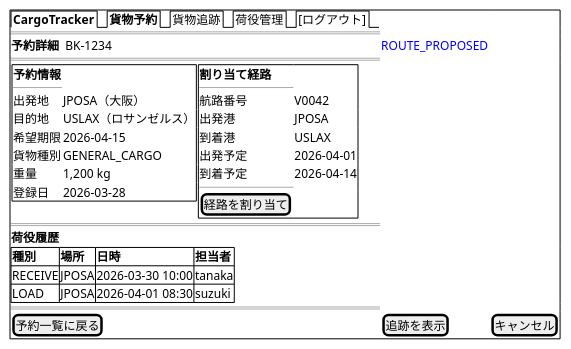
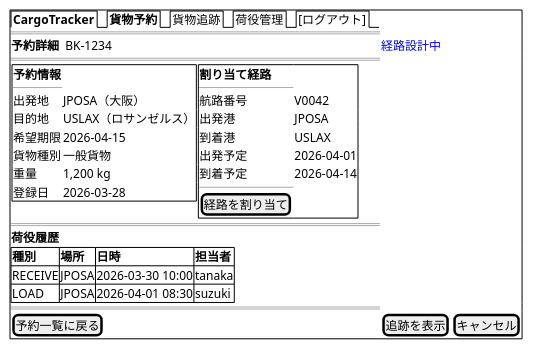
One commit to k2works/case-study-cargo-tracker changed the tenth of 21 diagrams in docs/design/ui_design.md. Above: the diagram before and after it, drawn with PlantUML. The commit also changed other lines of this file and 17 other files, not shown here.

````diff
--- a/docs/design/ui_design.md
+++ b/docs/design/ui_design.md
@@ -640,42 +644,42 @@
 ```plantuml
 @startsalt
 {+
   {/ <b>CargoTracker</b> | <b>貨物予約</b> | 貨物追跡 | 荷役管理 | [ログアウト] }
   ==
-  <b>予約詳細</b>  BK-1234  |  <color:blue>ROUTE_PROPOSED</color>
+  <b>予約詳細</b>  BK-1234  |  <color:blue>経路設計中</color>
   ==
   {
     {+
       <b>予約情報</b>
       ----
       出発地     | JPOSA（大阪）
       目的地     | USLAX（ロサンゼルス）
       希望期限   | 2026-04-15
-      貨物種別   | GENERAL_CARGO
+      貨物種別   | 一般貨物
       重量       | 1,200 kg
       登録日     | 2026-03-28
     } |
     {+
       <b>割り当て経路</b>
       ----
       航路番号   | V0042
       出発港     | JPOSA
       到着港     | USLAX
       出発予定   | 2026-04-01
       到着予定   | 2026-04-14
       ----
       [経路を割り当て]
     }
   }
   ==
   <b>荷役履歴</b>
   {#
     **種別** | **場所** | **日時** | **担当者**
     RECEIVE  | JPOSA    | 2026-03-30 10:00 | tanaka
     LOAD     | JPOSA    | 2026-04-01 08:30 | suzuki
   }
   ==
   [予約一覧に戻る] | [追跡を表示] | [キャンセル]
 }
 @endsalt
 ```
````
